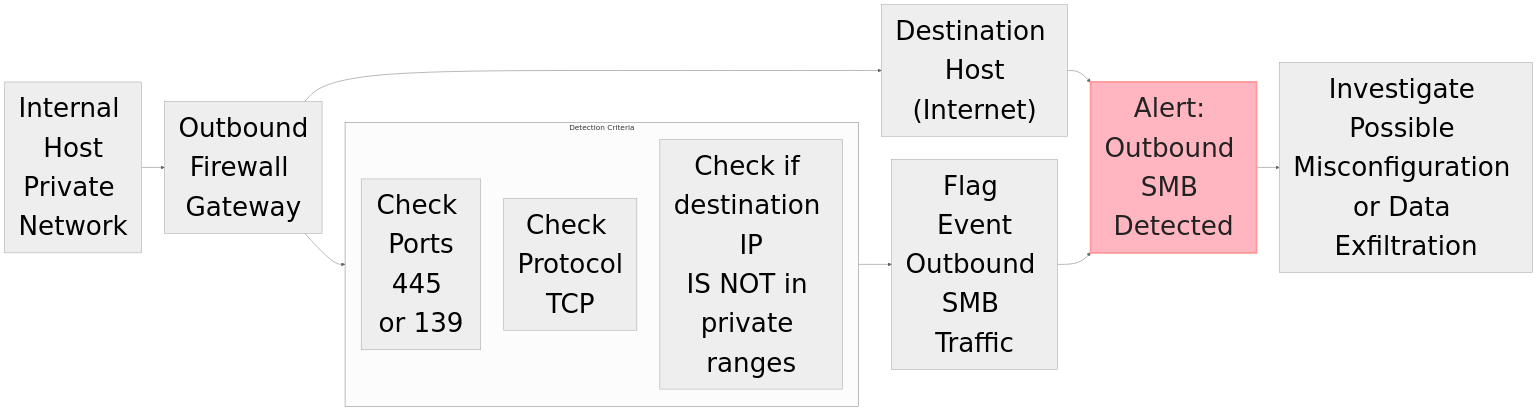
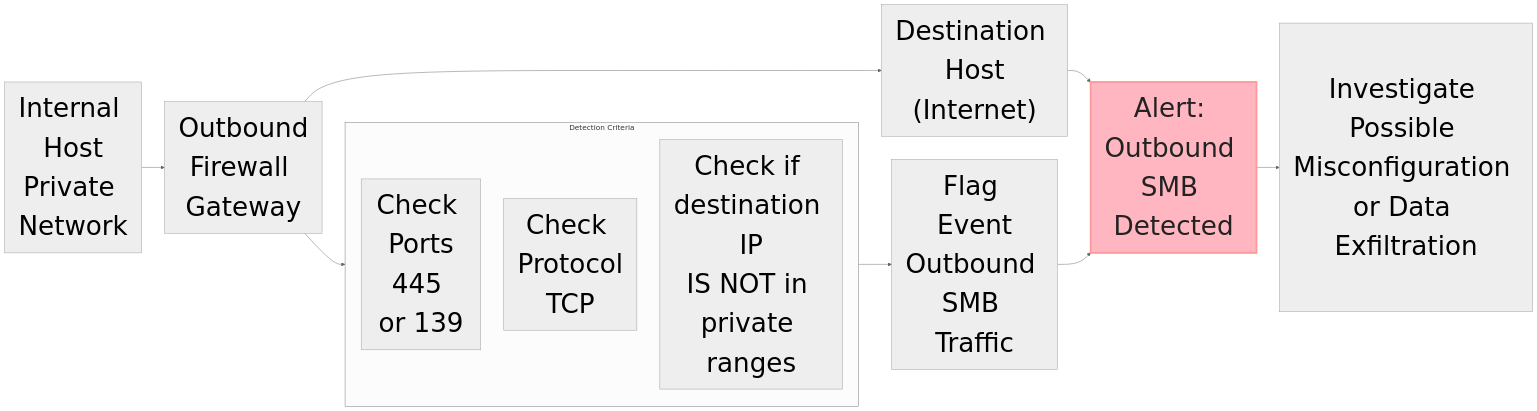
One commit to gcastill0/project-07-SIEM-Detections changed the diagram in Cisco-Meraki-MX-Firewall.md. Above: the diagram before and after it, drawn with Mermaid (neutral theme).

Commit message:
Adding new sources

````diff
--- a/Cisco-Meraki-MX-Firewall.md
+++ b/Cisco-Meraki-MX-Firewall.md
@@ -15,29 +15,29 @@
 ```mermaid
 flowchart LR
  subgraph SB["Detection Criteria"]
         E["Check Ports<br>445 or 139"]
         D["Check Protocol<br>TCP"]
         F["Check if destination IP<br>IS NOT in private ranges"]
   end
   
     A["Internal Host<br>Private Network"]
     B["Outbound<br>Firewall Gateway"]
     C["Destination Host<br>(Internet)"]
     A --> B
     B --> C
     C --> H
     B --> SB
     SB --> G["Flag Event<br>Outbound SMB Traffic"]
     G --> H["Alert: Outbound SMB Detected"]
-    H --> I["Investigate Possible Misconfiguration or Data Exfiltration"]
+    H --> I["<br>Investigate Possible Misconfiguration or Data Exfiltration<br><br>"]
 
     style A font-size:2.4ch;
     style B font-size:2.4ch;
     style C font-size:2.4ch;
     style D font-size:2.4ch;
     style E font-size:2.4ch;
     style F font-size:2.4ch;
     style G font-size:2.4ch;
     style H font-size:2.4ch, stroke:#FF9A9A, stroke-width:4px, color:#222222, fill:lightpink;
     style I font-size:2.4ch;
 ```
````
